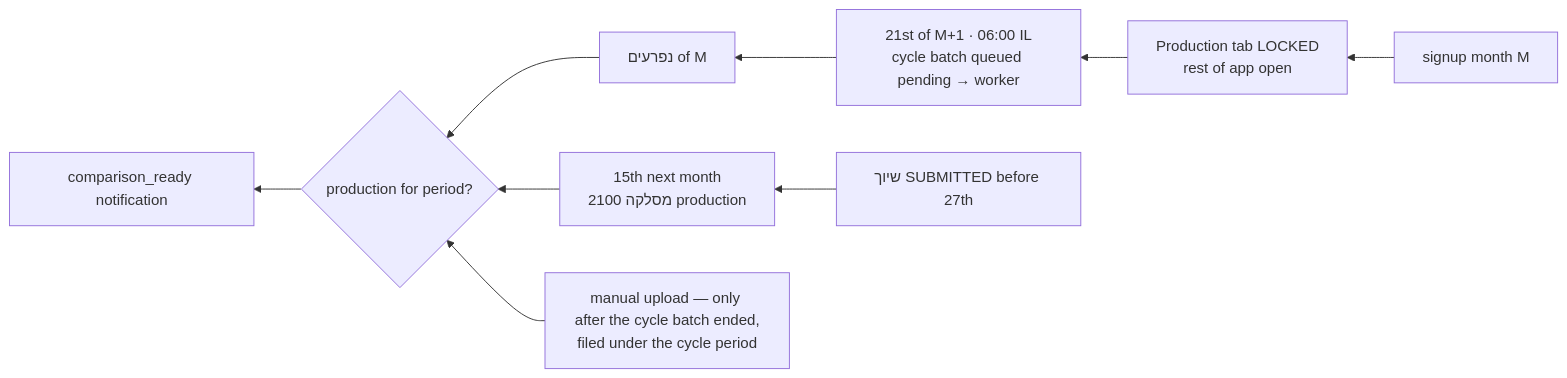
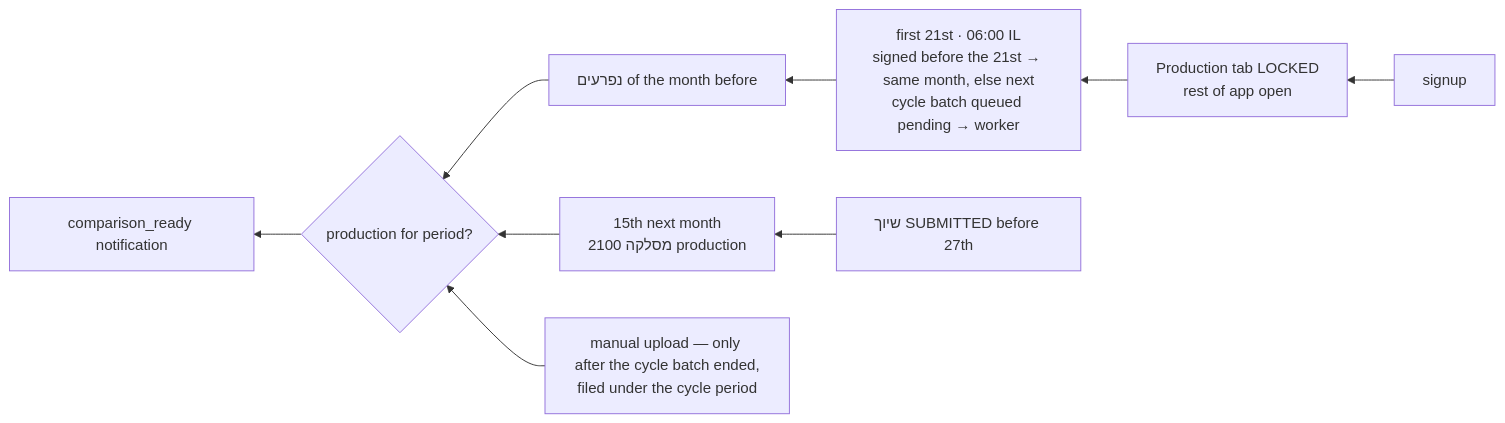
Before and after one commit to FSTGIAT/nifraim: the sixth of 6 diagrams in docs/ARCHITECTURE.md, drawn with Mermaid. The commit also changed other lines of this file and 4 other files, not shown here.

First line of the commit message:
cycle: signup before the 21st → first cycle the same month (1.8 → 21.8), else next month

````diff
--- a/docs/ARCHITECTURE.md
+++ b/docs/ARCHITECTURE.md
@@ -1033,11 +1033,11 @@
 ```mermaid
 flowchart RL
-  S[signup month M] --> L[Production tab LOCKED<br/>rest of app open]
-  L --> C1[21st of M+1 · 06:00 IL<br/>cycle batch queued pending → worker]
-  C1 --> N[נפרעים of M]
+  S[signup] --> L[Production tab LOCKED<br/>rest of app open]
+  L --> C1[first 21st · 06:00 IL<br/>signed before the 21st → same month, else next<br/>cycle batch queued pending → worker]
+  C1 --> N[נפרעים of the month before]
   SH[שיוך SUBMITTED before 27th] --> MS[15th next month<br/>מסלקה 2100 production]
   N --> CMP{production for period?}
   MS --> CMP
   U[manual upload — only after the cycle batch ended,<br/>filed under the cycle period] --> CMP
   CMP --> R[comparison_ready notification]
 ```
````
